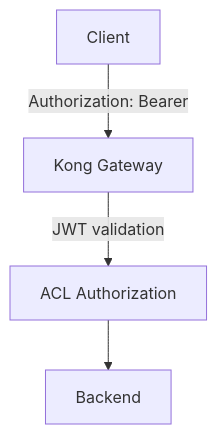
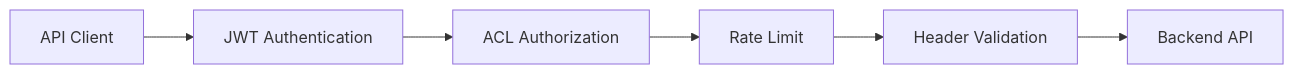
The second of 12 diagrams in README.md (merazsheikh/kong-kubernetes-lab), drawn with Mermaid before and after one commit. The commit also changed other lines of this file, not shown here.

````diff
--- a/README.md
+++ b/README.md
@@ -94,6 +223,15 @@
 ```mermaid
-flowchart TD
-    Client -- "Authorization: Bearer <JWT>" --> Kong[Kong Gateway]
-    Kong -- JWT validation --> ACL[ACL Authorization]
-    ACL --> Backend
+flowchart LR
+    Client["API Client"]
+    JWT["JWT Authentication"]
+    ACL["ACL Authorization"]
+    Rate["Rate Limit"]
+    Header["Header Validation"]
+    Backend["Backend API"]
+
+    Client --> JWT
+    JWT --> ACL
+    ACL --> Rate
+    Rate --> Header
+    Header --> Backend
 ```
````
